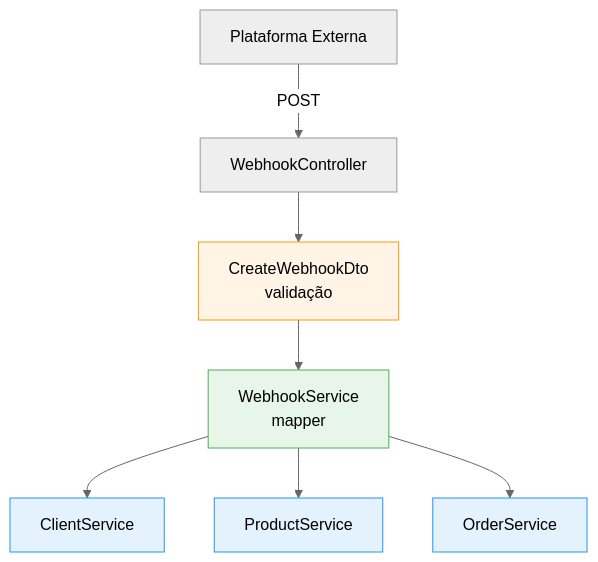
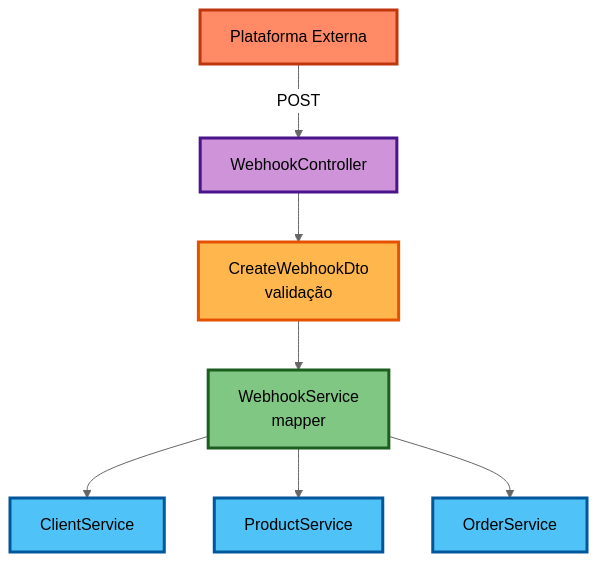
The second of 3 diagrams in README.md (j4marcos/BK-products), drawn with Mermaid (neutral theme) before and after one commit. The commit also changed other lines of this file, not shown here.

Commit message:
refactor: improve readme colors

````diff
--- a/README.md
+++ b/README.md
@@ -65,15 +67,17 @@
 ```mermaid
 graph TD
     A[Plataforma Externa] -->|POST| B[WebhookController]
     B --> C[CreateWebhookDto<br/>validação]
     C --> D[WebhookService<br/>mapper]
     D --> E[ClientService]
     D --> F[ProductService]
     D --> G[OrderService]
     
-    style C fill:#fff4e6,stroke:#ff9800
-    style D fill:#e8f5e9,stroke:#4caf50
-    style E fill:#e3f2fd,stroke:#2196f3
-    style F fill:#e3f2fd,stroke:#2196f3
-    style G fill:#e3f2fd,stroke:#2196f3
+    style A fill:#ff8a65,stroke:#bf360c,stroke-width:3px,color:#000
+    style B fill:#ce93d8,stroke:#4a148c,stroke-width:3px,color:#000
+    style C fill:#ffb74d,stroke:#e65100,stroke-width:3px,color:#000
+    style D fill:#81c784,stroke:#1b5e20,stroke-width:3px,color:#000
+    style E fill:#4fc3f7,stroke:#01579b,stroke-width:3px,color:#000
+    style F fill:#4fc3f7,stroke:#01579b,stroke-width:3px,color:#000
+    style G fill:#4fc3f7,stroke:#01579b,stroke-width:3px,color:#000
 ```
````
